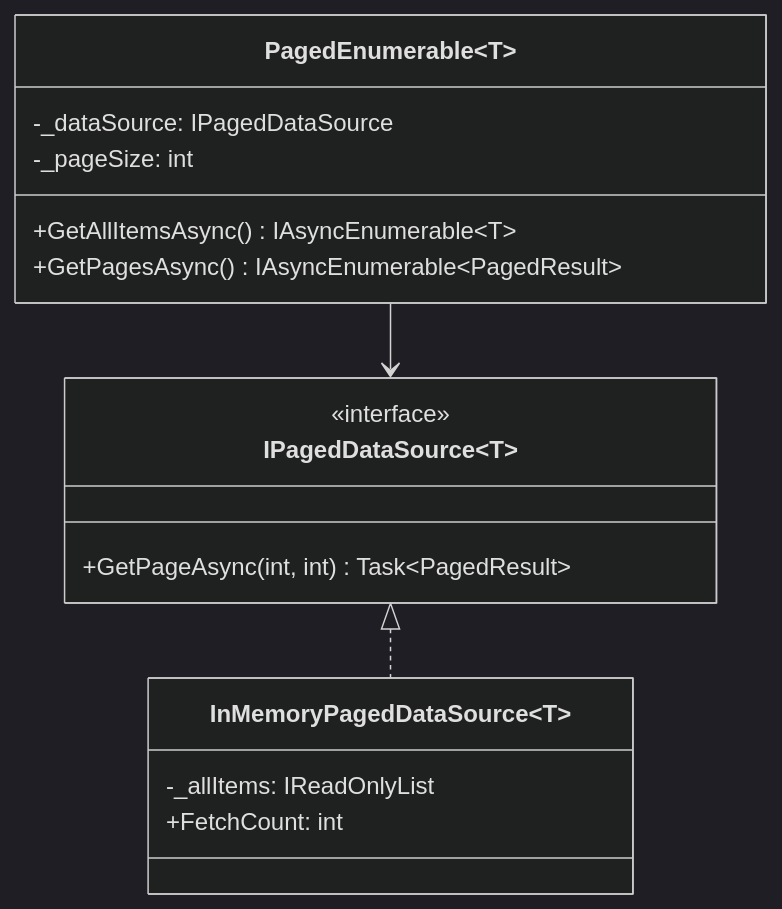
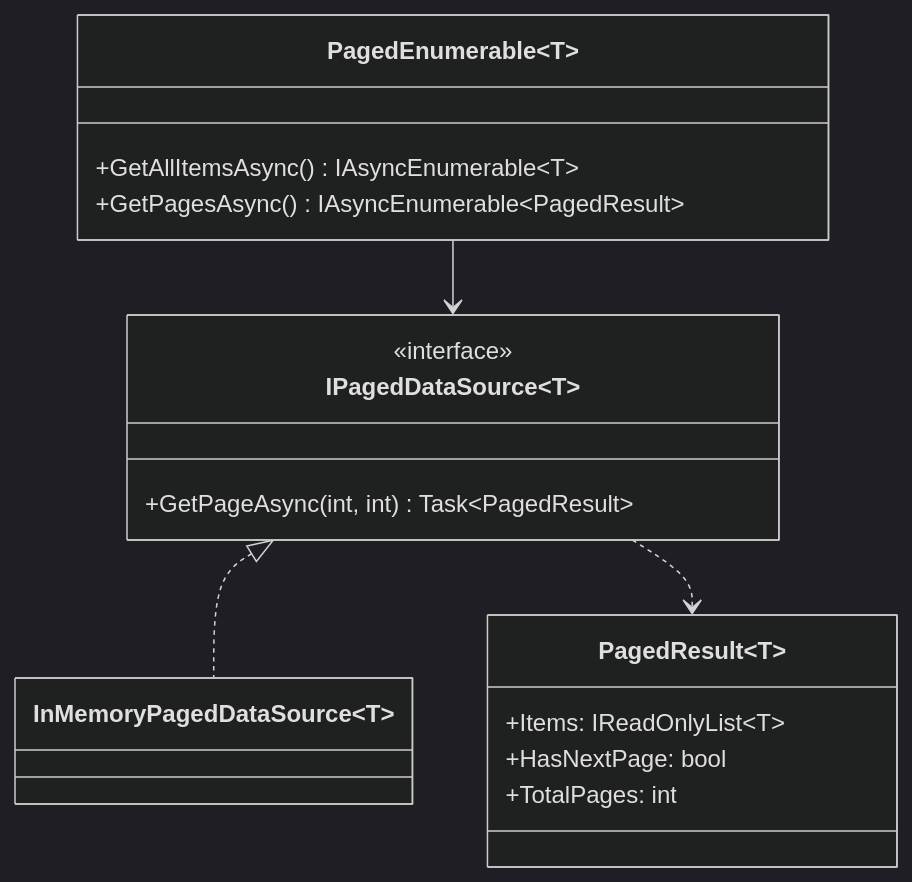
One commit to senapatisantosh/DotnetAdvanceDesignPattern changed the first of 2 diagrams in src/DesignPatterns.Behavioral/Iterator/README.md. Above: the diagram before and after it, drawn with Mermaid (dark theme). The commit also changed other lines of this file and 12 other files, not shown here.

````diff
--- a/src/DesignPatterns.Behavioral/Iterator/README.md
+++ b/src/DesignPatterns.Behavioral/Iterator/README.md
@@ -68,20 +75,21 @@
 ```mermaid
 classDiagram
     class IPagedDataSource~T~ {
         <<interface>>
         +GetPageAsync(int, int) Task~PagedResult~
     }
     class PagedEnumerable~T~ {
-        -_dataSource: IPagedDataSource
-        -_pageSize: int
         +GetAllItemsAsync() IAsyncEnumerable~T~
         +GetPagesAsync() IAsyncEnumerable~PagedResult~
     }
-    class InMemoryPagedDataSource~T~ {
-        -_allItems: IReadOnlyList
-        +FetchCount: int
+    class InMemoryPagedDataSource~T~
+    class PagedResult~T~ {
+        +Items: IReadOnlyList~T~
+        +HasNextPage: bool
+        +TotalPages: int
     }
 
+    PagedEnumerable --> IPagedDataSource
     IPagedDataSource <|.. InMemoryPagedDataSource
-    PagedEnumerable --> IPagedDataSource
+    IPagedDataSource ..> PagedResult
 ```
````
